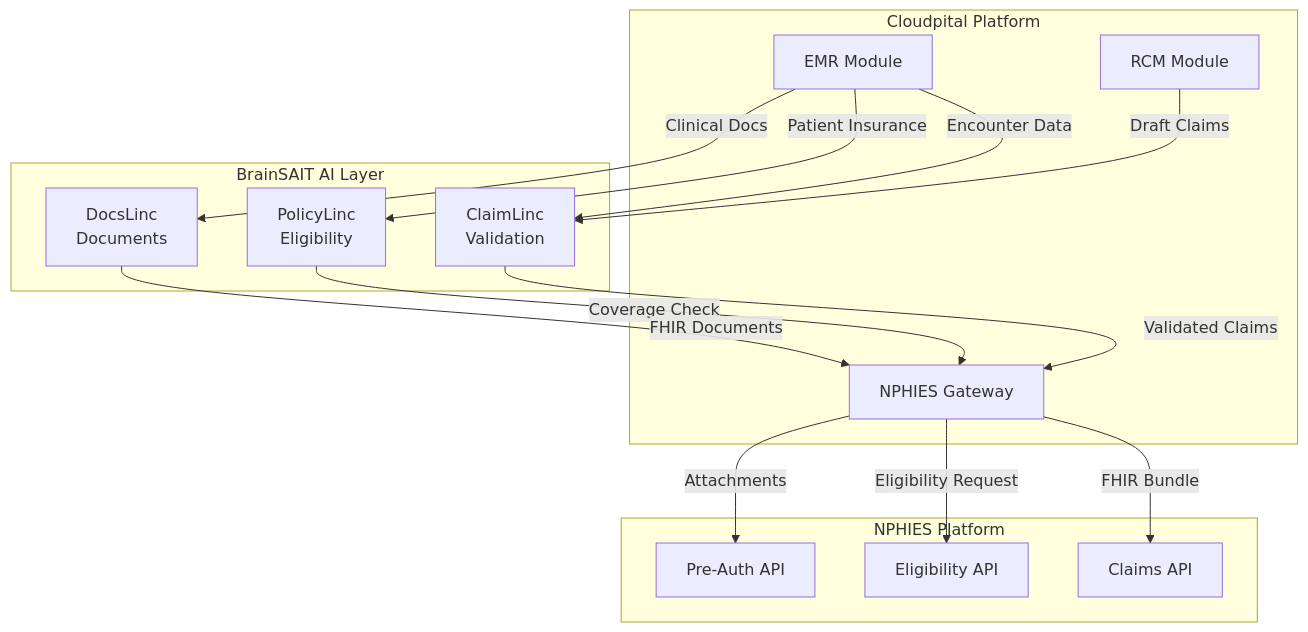
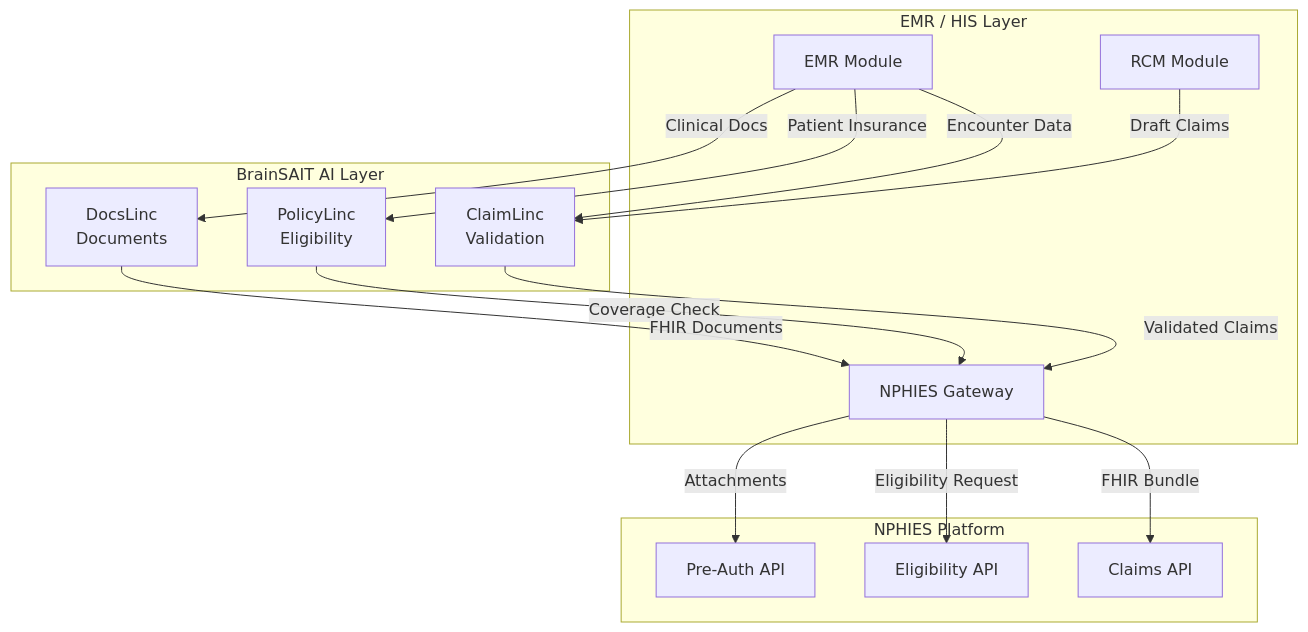
Before and after one commit to Fadil369/brainsait-docs: the diagram in docs/healthcare/nphies/overview.md, drawn with Mermaid. The commit also changed other lines of this file and 30 other files, not shown here.

First line of the commit message:
Replace Cloudpital with BrainSAIT Platform ecosystem + shadcn-inspired design overhaul (#14)

````diff
--- a/docs/healthcare/nphies/overview.md
+++ b/docs/healthcare/nphies/overview.md
@@ -36,33 +36,33 @@
 ```mermaid
 graph TB
-    subgraph "Cloudpital Platform"
+    subgraph "EMR / HIS Layer"
         A[EMR Module]
         B[RCM Module]
         C[NPHIES Gateway]
     end
 
     subgraph "BrainSAIT AI Layer"
         D[ClaimLinc<br/>Validation]
         E[PolicyLinc<br/>Eligibility]
         F[DocsLinc<br/>Documents]
     end
 
     subgraph "NPHIES Platform"
         G[Eligibility API]
         H[Pre-Auth API]
         I[Claims API]
     end
 
     A -->|Encounter Data| D
     B -->|Draft Claims| D
     D -->|Validated Claims| C
     C -->|FHIR Bundle| I
 
     A -->|Patient Insurance| E
     E -->|Coverage Check| C
     C -->|Eligibility Request| G
 
     A -->|Clinical Docs| F
     F -->|FHIR Documents| C
     C -->|Attachments| H
 ```
````
